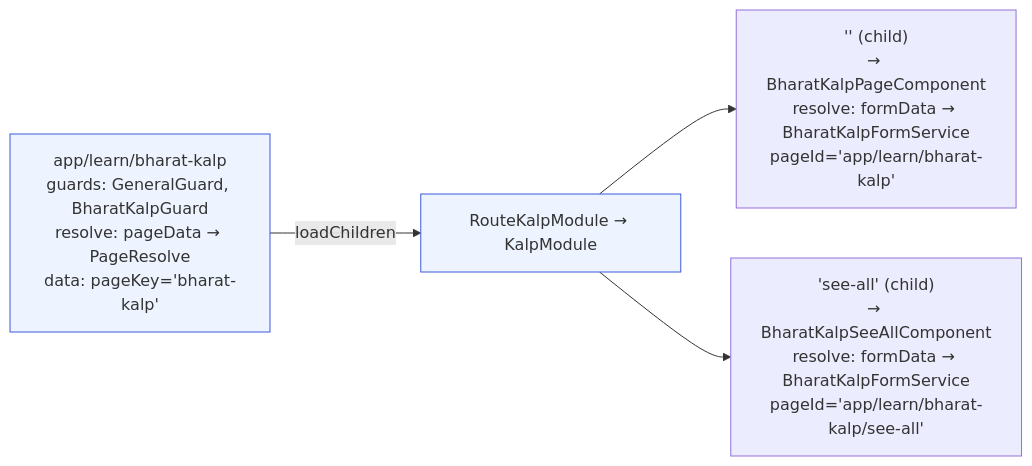
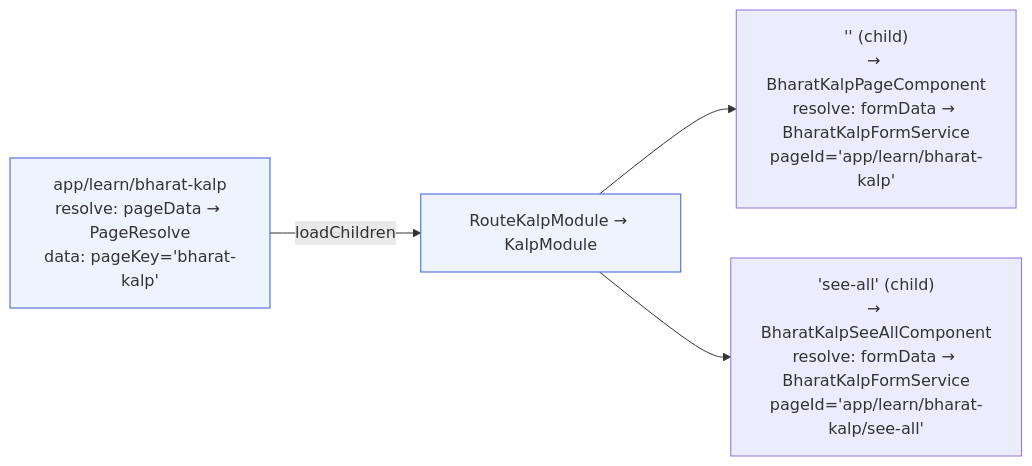
The second of 3 diagrams in docs/learning-hub/bharat-kalp/lld.md (KB-iGOT/igot-docs), drawn with Mermaid before and after one commit. The commit also changed other lines of this file and 23 other files, not shown here.

First line of the commit message:
security(3c/7): remove weakness and unprotected-route statements: ai-cbp-tool, amrit-gyaan-kosh, bharat-kalp, learning-pathway

````diff
--- a/docs/learning-hub/bharat-kalp/lld.md
+++ b/docs/learning-hub/bharat-kalp/lld.md
@@ -56,10 +54,10 @@
 ```mermaid
 flowchart LR
-    R0["app/learn/bharat-kalp\nguards: GeneralGuard, BharatKalpGuard\nresolve: pageData → PageResolve\ndata: pageKey='bharat-kalp'"]
+    R0["app/learn/bharat-kalp\nresolve: pageData → PageResolve\ndata: pageKey='bharat-kalp'"]
     R0 -- "loadChildren" --> RKM["RouteKalpModule → KalpModule"]
     RKM --> R1["'' (child)\n→ BharatKalpPageComponent\nresolve: formData → BharatKalpFormService\npageId='app/learn/bharat-kalp'"]
     RKM --> R2["'see-all' (child)\n→ BharatKalpSeeAllComponent\nresolve: formData → BharatKalpFormService\npageId='app/learn/bharat-kalp/see-all'"]
 
     style R0 fill:#eef4ff,stroke:#3b5bdb
     style RKM fill:#eef4ff,stroke:#3b5bdb
 ```
````
